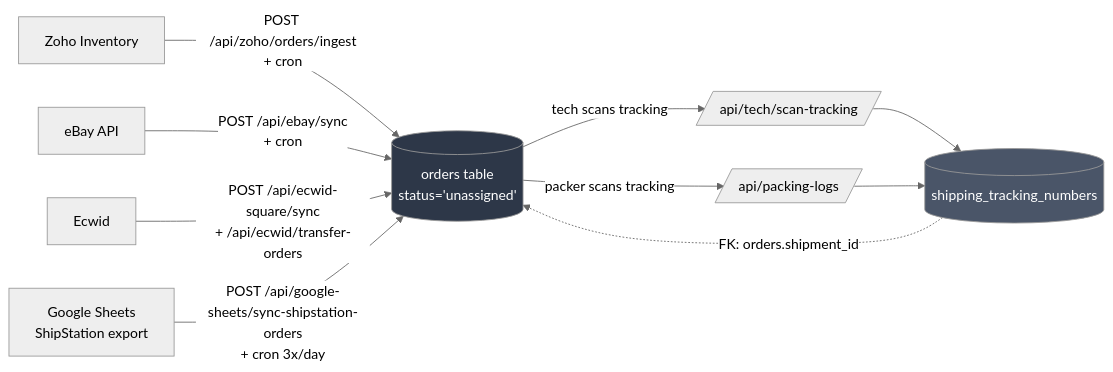
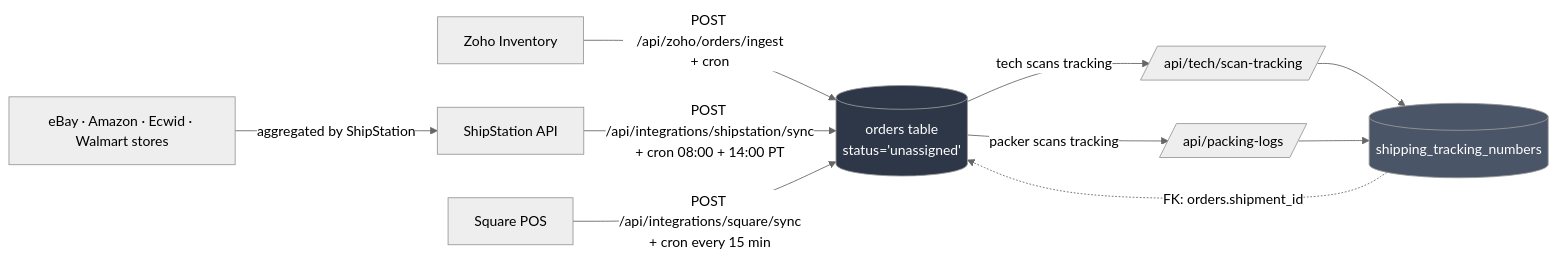
One commit to DENSENSE8/cycleforge-app changed the second of 2 diagrams in docs/diagrams/06-order-lifecycle.md. Above: the diagram before and after it, drawn with Mermaid (neutral theme). The commit also changed 233 other files, not shown here.

First line of the commit message:
ShipStation as the sole order importer; labels, paperwork, customer and price panels

````diff
--- a/docs/diagrams/06-order-lifecycle.md
+++ b/docs/diagrams/06-order-lifecycle.md
@@ -32,22 +32,22 @@
 ```mermaid
 graph LR
     ZOHO[Zoho Inventory]
-    EBAY[eBay API]
-    ECWID[Ecwid]
-    SHEETS[Google Sheets<br/>ShipStation export]
+    STORES[eBay · Amazon · Ecwid · Walmart stores]
+    SHIPSTATION[ShipStation API]
+    SQUARE[Square POS]
 
     ZOHO -->|POST /api/zoho/orders/ingest<br/>+ cron| ORDERS[(orders table<br/>status='unassigned')]
-    EBAY -->|POST /api/ebay/sync<br/>+ cron| ORDERS
-    ECWID -->|POST /api/ecwid-square/sync<br/>+ /api/ecwid/transfer-orders| ORDERS
-    SHEETS -->|POST /api/google-sheets/sync-shipstation-orders<br/>+ cron 3x/day| ORDERS
+    STORES -->|aggregated by ShipStation| SHIPSTATION
+    SHIPSTATION -->|POST /api/integrations/shipstation/sync<br/>+ cron 08:00 + 14:00 PT| ORDERS
+    SQUARE -->|POST /api/integrations/square/sync<br/>+ cron every 15 min| ORDERS
 
     ORDERS -->|tech scans tracking| SCAN[/api/tech/scan-tracking/]
     ORDERS -->|packer scans tracking| PACK[/api/packing-logs/]
 
     SCAN --> SHIP[(shipping_tracking_numbers)]
     PACK --> SHIP
     SHIP -.->|FK: orders.shipment_id| ORDERS
 
     style ORDERS fill:#2d3748,color:#fff
     style SHIP fill:#4a5568,color:#fff
 ```
````
